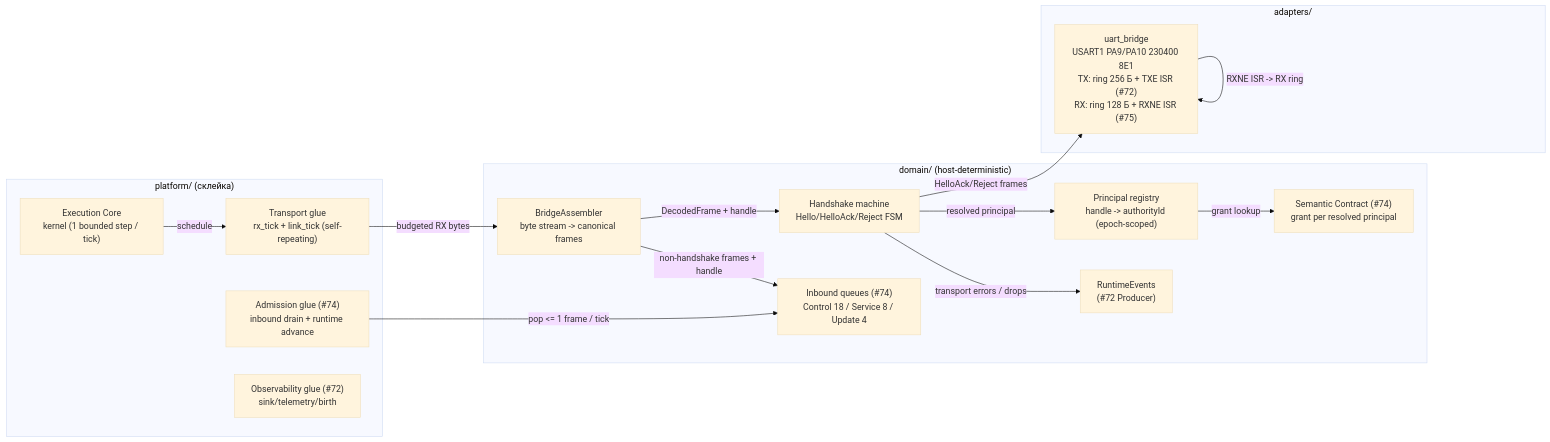
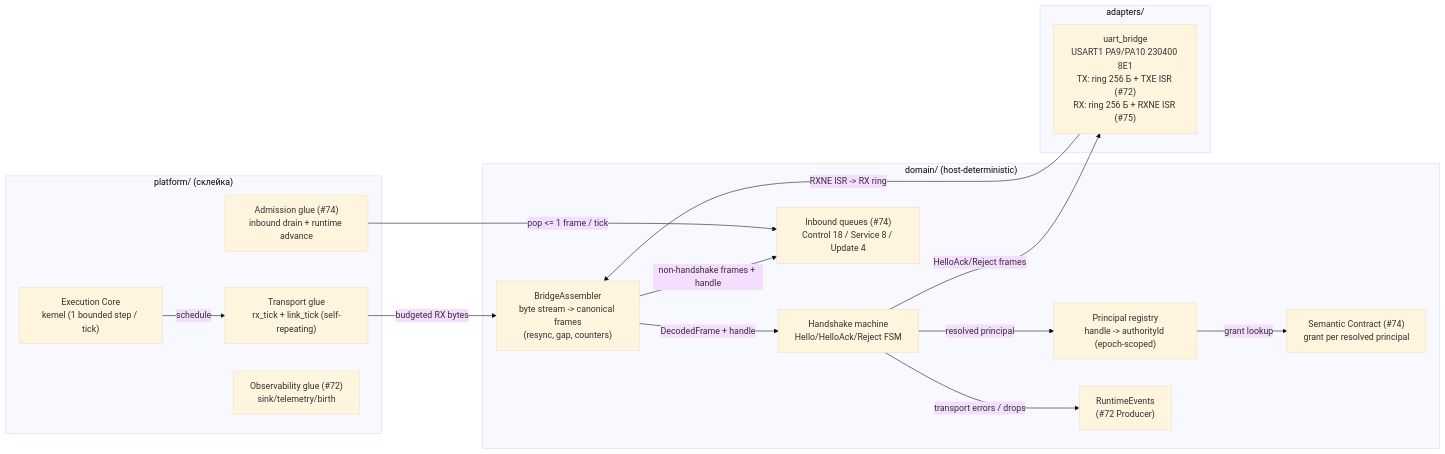
The diagram in docs/transport-bridge-design-v3.md (Driadix/ShuttleControllerV3), drawn with Mermaid (base theme) before and after one commit. The commit also changed other lines of this file, not shown here.

Commit message:
docs: fix transport design structure - dedup call graph, mermaid nodes, RX ring 256, section 10 (#75)

````diff
--- a/docs/transport-bridge-design-v3.md
+++ b/docs/transport-bridge-design-v3.md
@@ -23,30 +23,30 @@
 ```mermaid
 flowchart LR
     subgraph platform["platform/ (склейка)"]
         K["Execution Core<br/>kernel (1 bounded step / tick)"]
         TG["Transport glue<br/>rx_tick + link_tick (self-repeating)"]
         AG["Admission glue (#74)<br/>inbound drain + runtime advance"]
         OG["Observability glue (#72)<br/>sink/telemetry/birth"]
     end
     subgraph domain["domain/ (host-deterministic)"]
-        ASM["BridgeAssembler<br/>byte stream -> canonical frames<br/](resync, gap, counters)"]
+        ASM["BridgeAssembler<br/>byte stream -&gt; canonical frames<br/>(resync, gap, counters)"]
         HS["Handshake machine<br/>Hello/HelloAck/Reject FSM"]
         PR["Principal registry<br/>handle -> authorityId (epoch-scoped)"]
         Q["Inbound queues (#74)<br/>Control 18 / Service 8 / Update 4"]
         SC["Semantic Contract (#74)<br/>grant per resolved principal"]
         EV["RuntimeEvents<br/>(#72 Producer)"]
     end
     subgraph adapters["adapters/"]
-        UB["uart_bridge<br/>USART1 PA9/PA10 230400 8E1<br/>TX: ring 256 Б + TXE ISR (#72)<br/>RX: ring 128 Б + RXNE ISR (#75)"]
+        UB["uart_bridge<br/>USART1 PA9/PA10 230400 8E1<br/>TX: ring 256 Б + TXE ISR (#72)<br/>RX: ring 256 Б + RXNE ISR (#75)"]
     end
     K -->|"schedule"| TG
     TG -->|"budgeted RX bytes"| ASM
-    UB -->|"RXNE ISR -> RX ring"| UB
+    UB -->|"RXNE ISR -&gt; RX ring"| ASM
     ASM -->|"DecodedFrame + handle"| HS
     HS -->|"resolved principal"| PR
     HS -->|"HelloAck/Reject frames"| UB
     ASM -->|"non-handshake frames + handle"| Q
     PR -->|"grant lookup"| SC
     AG -->|"pop <= 1 frame / tick"| Q
     HS -->|"transport errors / drops"| EV
 ```
````
